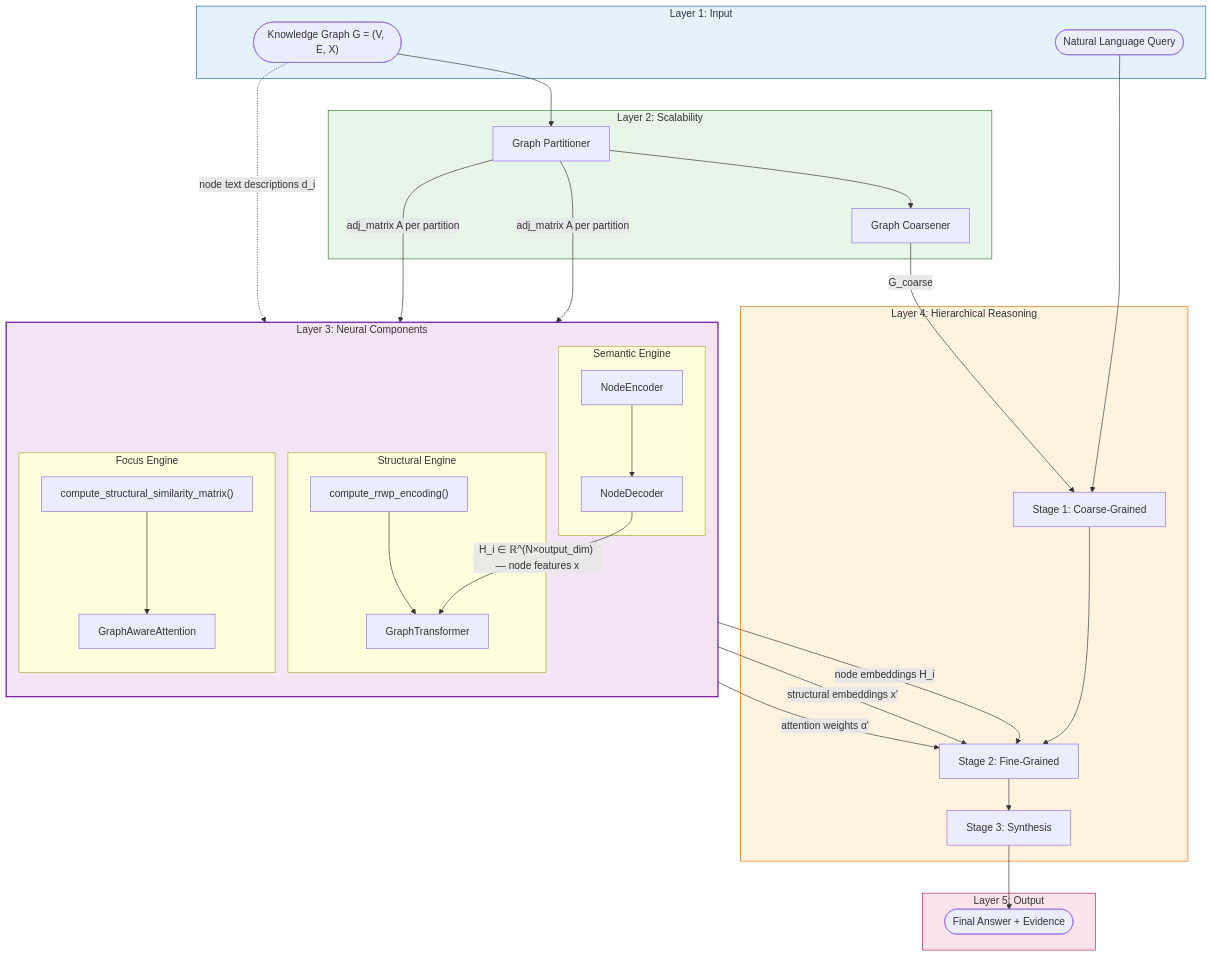
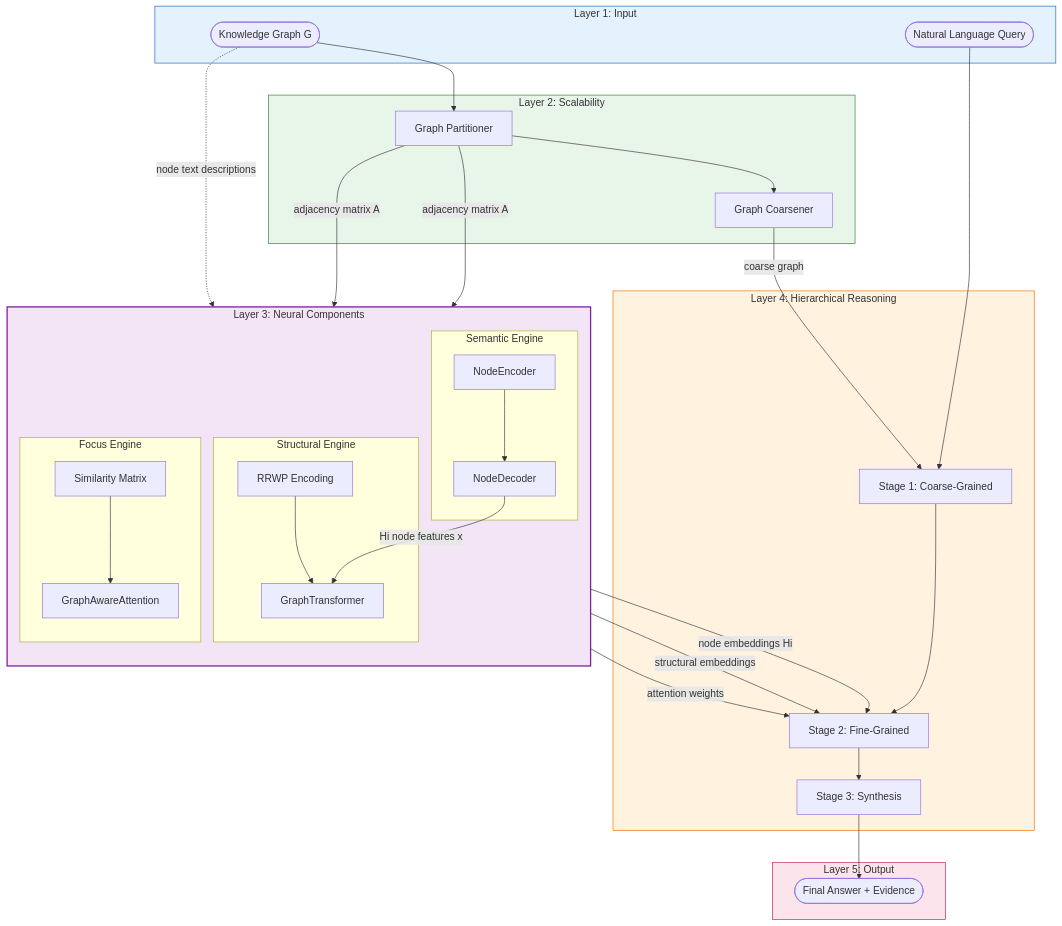
The first of 7 diagrams in docs/methodology/engine_integration.md (robguilarr/s-graphllm), drawn with Mermaid before and after one commit. The commit also changed other lines of this file and 3 other files, not shown here.

Commit message:
Mermaid update

````diff
--- a/docs/methodology/engine_integration.md
+++ b/docs/methodology/engine_integration.md
@@ -13,80 +13,66 @@
 ```mermaid
 flowchart TD
     subgraph InputLayer["Layer 1: Input"]
-        KG(["Knowledge Graph G = (V, E, X)"])
+        KG(["Knowledge Graph G"])
         Q(["Natural Language Query"])
     end
 
     subgraph ScalabilityLayer["Layer 2: Scalability"]
         GP["Graph Partitioner"]
         GC["Graph Coarsener"]
         GP --> GC
     end
 
     subgraph NeuralLayer["Layer 3: Neural Components"]
         direction TB
 
         subgraph SemanticEngine["Semantic Engine"]
             NE["NodeEncoder"] --> ND["NodeDecoder"]
         end
 
         subgraph StructuralEngine["Structural Engine"]
-            RRWP["compute_rrwp_encoding()"] --> GRIT["GraphTransformer"]
+            RRWP["RRWP Encoding"] --> GRIT["GraphTransformer"]
         end
 
         subgraph FocusEngine["Focus Engine"]
-            SIM["compute_structural_similarity_matrix()"] --> GAA["GraphAwareAttention"]
+            SIM["Similarity Matrix"] --> GAA["GraphAwareAttention"]
         end
     end
 
     subgraph ReasoningLayer["Layer 4: Hierarchical Reasoning"]
         S1["Stage 1: Coarse-Grained"]
         S2["Stage 2: Fine-Grained"]
         S3["Stage 3: Synthesis"]
         S1 --> S2 --> S3
     end
 
     subgraph OutputLayer["Layer 5: Output"]
         ANS(["Final Answer + Evidence"])
     end
 
-    %% Layer 1 → Layer 2
     KG --> GP
 
-    %% Layer 1 → Layer 3 (raw text feeds Semantic Engine)
-    KG -. "node text descriptions d_i" .-> NE
+    KG -. "node text descriptions" .-> NE
 
-    %% Layer 2 → Layer 3 (partitioned structure feeds both Structural and Focus)
-    GP -- "adj_matrix A per partition" --> RRWP
-    GP -- "adj_matrix A per partition" --> SIM
+    GP -- "adjacency matrix A" --> RRWP
+    GP -- "adjacency matrix A" --> SIM
 
-    %% Layer 2 → Layer 4 (coarse graph feeds Stage 1)
-    GC -- "G_coarse" --> S1
+    GC -- "coarse graph" --> S1
     Q --> S1
 
-    %% ===== INTER-ENGINE CONNECTIONS =====
-    %% Connection A: Semantic → Structural
-    ND -- "H_i ∈ ℝ^(N×output_dim) — node features x" --> GRIT
+    ND -- "Hi node features x" --> GRIT
 
-    %% Connection B: Structural → Focus (shared adj_matrix)
-    %% (Implicit: both consume the same adjacency matrix from the Scalability Layer)
+    ND -- "node embeddings Hi" --> S2
 
-    %% ===== ENGINES → REASONING =====
-    %% Connection C: Semantic → Stage 2
-    ND -- "node embeddings H_i" --> S2
+    GRIT -- "structural embeddings" --> S2
 
-    %% Connection D: Structural → Stage 2
-    GRIT -- "structural embeddings x'" --> S2
+    GAA -- "attention weights" --> S2
 
-    %% Connection E: Focus → Stage 2
-    GAA -- "attention weights α'" --> S2
-
-    %% Layer 4 → Layer 5
     S3 --> ANS
 
     style InputLayer fill:#e3f2fd,stroke:#1565c0
     style ScalabilityLayer fill:#e8f5e9,stroke:#2e7d32
     style NeuralLayer fill:#f3e5f5,stroke:#7b1fa2,stroke-width:2px
     style ReasoningLayer fill:#fff3e0,stroke:#ef6c00
     style OutputLayer fill:#fce4ec,stroke:#c2185b
 ```
````
